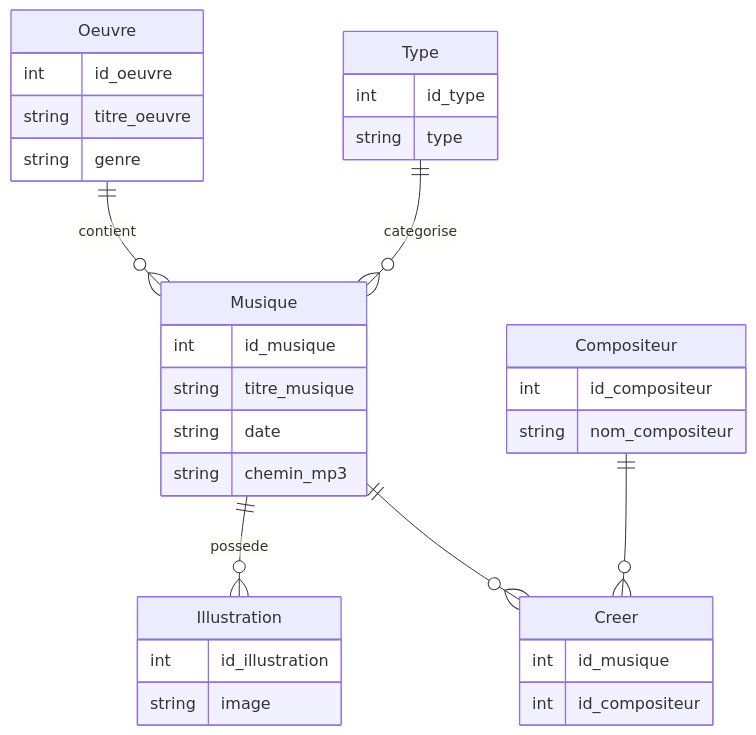
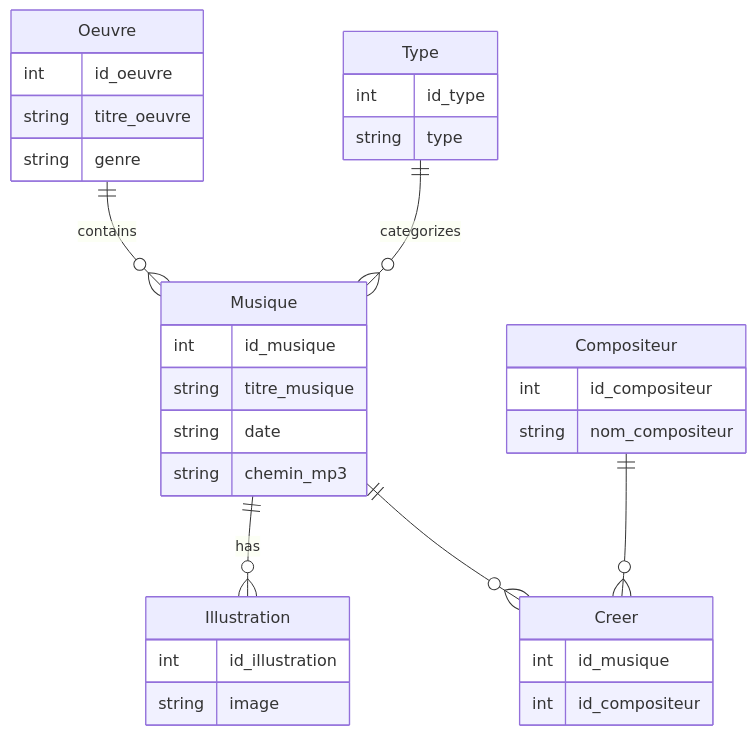
Before and after one commit to Giremuu/ishtar_sound: the third of 3 diagrams in README.md, drawn with Mermaid. The commit also changed other lines of this file, not shown here.

````diff
--- a/README.md
+++ b/README.md
@@ -64,36 +41,35 @@
 ```mermaid
 erDiagram
-    Oeuvre ||--o{ Musique : contient
-    Type ||--o{ Musique : categorise
-    Musique ||--o{ Illustration : possede
+    Oeuvre ||--o{ Musique : contains
+    Type ||--o{ Musique : categorizes
+    Musique ||--o{ Illustration : has
     Musique ||--o{ Creer : ""
     Compositeur ||--o{ Creer : ""
-
     Oeuvre {
         int id_oeuvre
         string titre_oeuvre
         string genre
     }
     Type {
         int id_type
         string type
     }
     Musique {
         int id_musique
         string titre_musique
         string date
         string chemin_mp3
     }
     Compositeur {
         int id_compositeur
         string nom_compositeur
     }
     Illustration {
         int id_illustration
         string image
     }
     Creer {
         int id_musique
         int id_compositeur
     }
 ```
````
